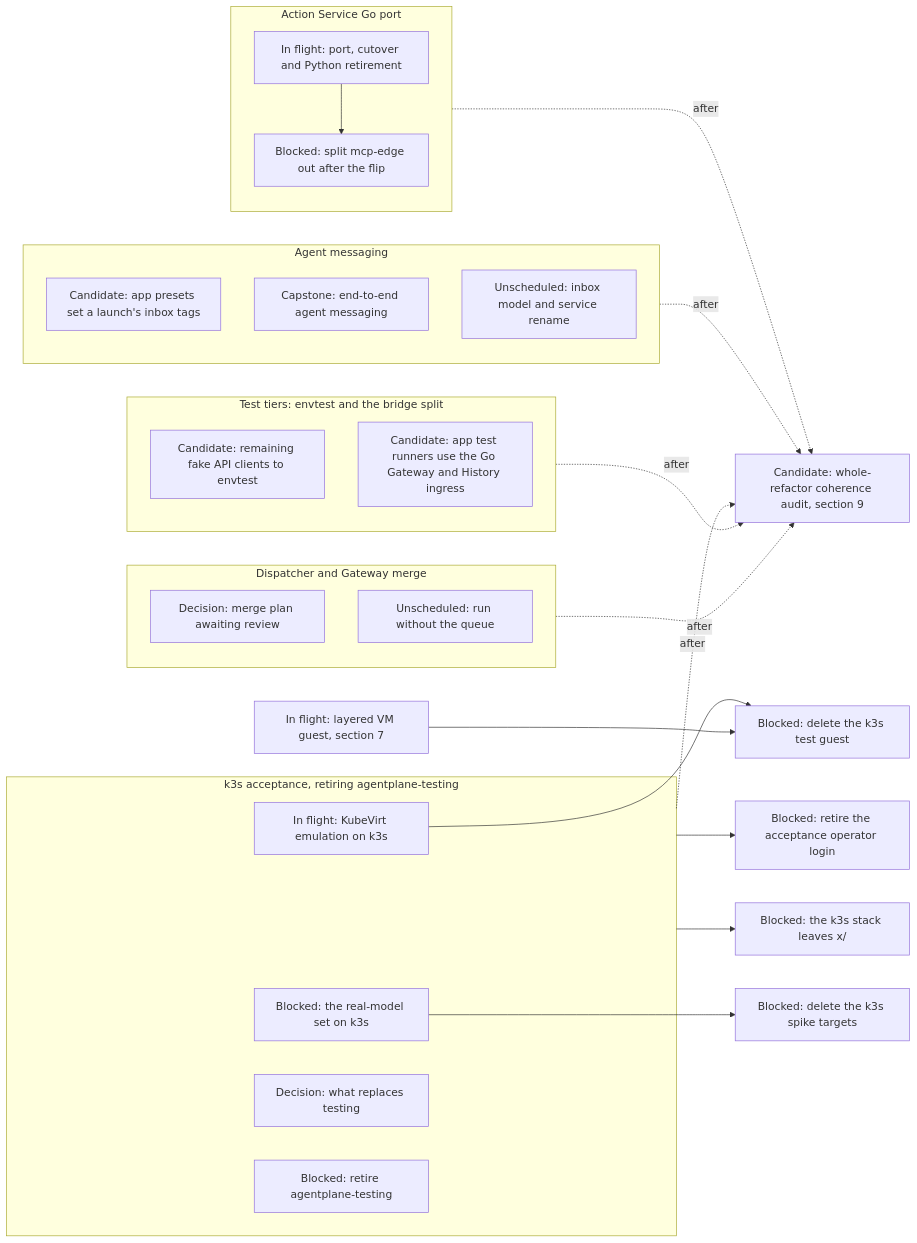
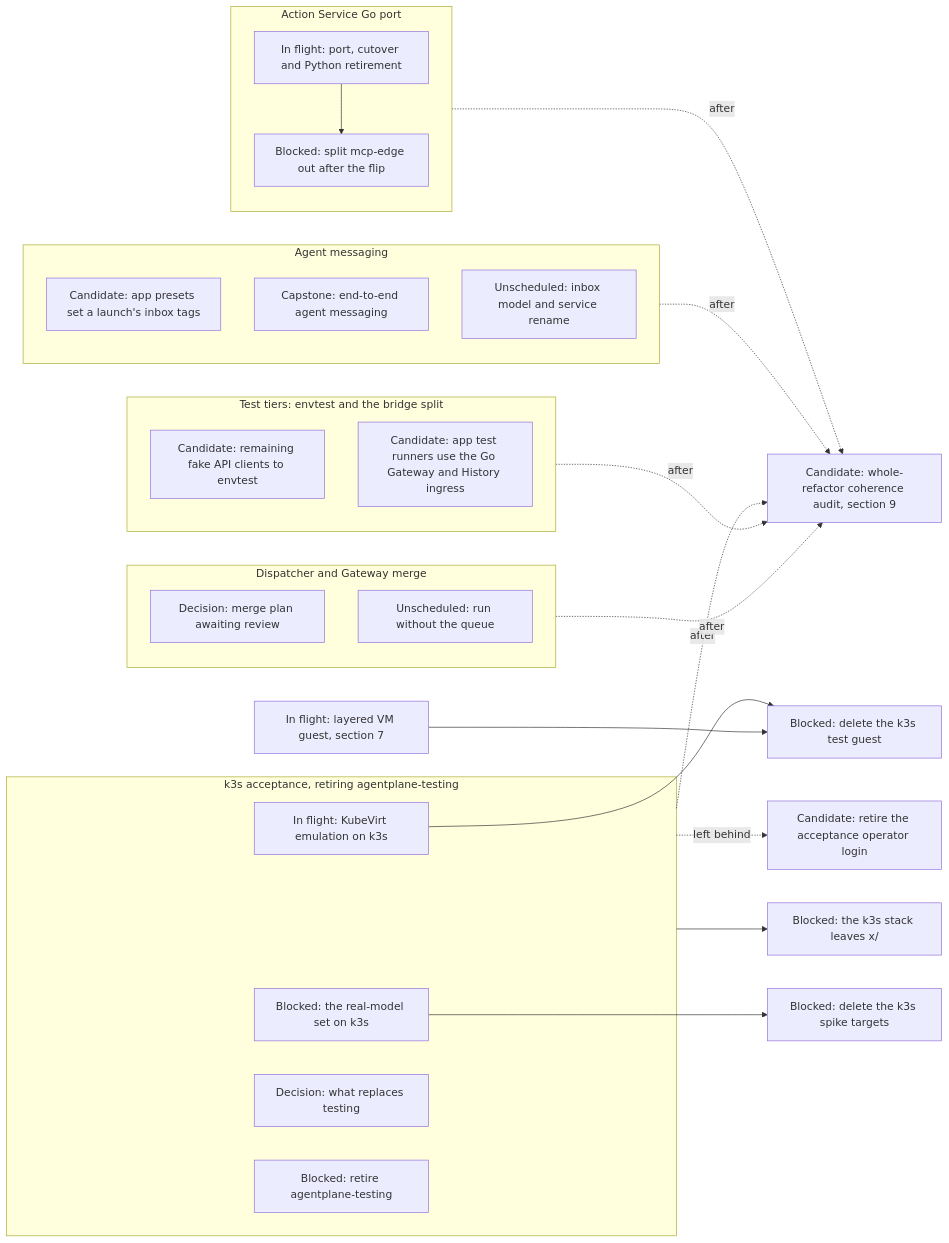
Before and after one commit to agentydragon/ducktape: the first of 19 diagrams in agentplane/plans/task_dag.md, drawn with Mermaid. The commit also changed other lines of this file, not shown here.

First line of the commit message:
agentplane/plans: ACCEPTANCE_OPERATOR_CREDENTIALS_RETIRE is a candidate

````diff
--- a/agentplane/plans/task_dag.md
+++ b/agentplane/plans/task_dag.md
@@ -29,37 +29,37 @@
 ```mermaid
 flowchart LR
     subgraph ACTION_TRACK[Action Service Go port]
         ACTION_SERVICE_GO_PORT[In flight: port, cutover and Python retirement]
         ACTION_MCP_EDGE_SPLIT[Blocked: split mcp-edge out after the flip]
     end
     subgraph MESSAGING_TRACK[Agent messaging]
         SANDBOX_INBOX_TAGS[Candidate: app presets set a launch's inbox tags]
         AGENT_MESSAGING[Capstone: end-to-end agent messaging]
         NOTIFICATION_SERVICE_SPLIT[Unscheduled: inbox model and service rename]
     end
     subgraph K3S_TRACK[k3s acceptance, retiring agentplane-testing]
         K3S_VM_ACCEPTANCE[In flight: KubeVirt emulation on k3s]
         K3S_MODEL_SCENARIOS[Blocked: the real-model set on k3s]
         TESTING_ROLLOUT_ROLE[Decision: what replaces testing]
         TESTING_ENVIRONMENT_RETIRE[Blocked: retire agentplane-testing]
     end
     subgraph TIER_TRACK[Test tiers: envtest and the bridge split]
         FAKE_CLIENTS_TO_ENVTEST[Candidate: remaining fake API clients to envtest]
         APP_TEST_RUNNER_FIXTURES_GO[Candidate: app test runners use the Go Gateway and History ingress]
     end
     subgraph DISPATCH_TRACK[Dispatcher and Gateway merge]
         DISPATCHER_PERSISTENCE_MODEL_DESIGN[Decision: merge plan awaiting review]
         DISPATCHER_QUEUE_OPTIONAL[Unscheduled: run without the queue]
     end
     ACTION_SERVICE_GO_PORT --> ACTION_MCP_EDGE_SPLIT
-    K3S_TRACK --> ACCEPTANCE_OPERATOR_CREDENTIALS_RETIRE[Blocked: retire the acceptance operator login]
+    K3S_TRACK -. left behind .-> ACCEPTANCE_OPERATOR_CREDENTIALS_RETIRE[Candidate: retire the acceptance operator login]
     K3S_TRACK --> K3S_ENV_OUT_OF_X[Blocked: the k3s stack leaves x/]
     K3S_MODEL_SCENARIOS --> K3S_SPIKE_TARGETS_RETIRE[Blocked: delete the k3s spike targets]
     K3S_VM_ACCEPTANCE --> K3S_TEST_GUEST_RETIRE[Blocked: delete the k3s test guest]
     RUNNER_LAYERING_VM[In flight: layered VM guest, section 7] --> K3S_TEST_GUEST_RETIRE
     ACTION_TRACK -. after .-> REFACTOR_COHERENCE_AUDIT[Candidate: whole-refactor coherence audit, section 9]
     MESSAGING_TRACK -. after .-> REFACTOR_COHERENCE_AUDIT
     K3S_TRACK -. after .-> REFACTOR_COHERENCE_AUDIT
     TIER_TRACK -. after .-> REFACTOR_COHERENCE_AUDIT
     DISPATCH_TRACK -. after .-> REFACTOR_COHERENCE_AUDIT
 ```
````
